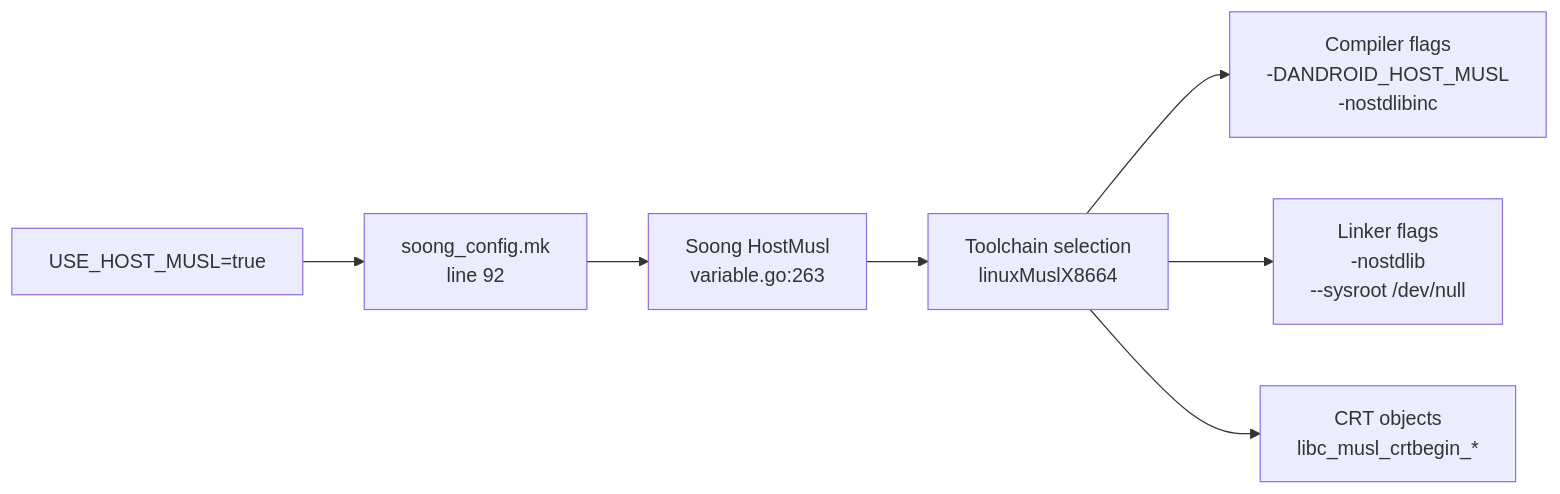
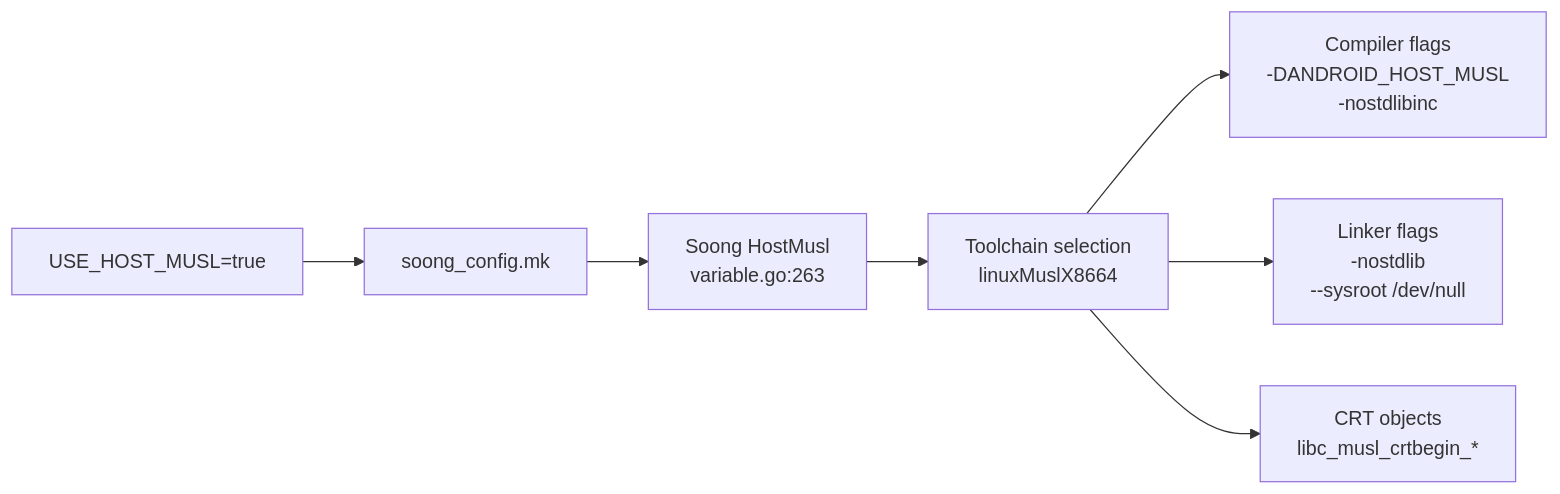
Diagram 15 of 18 in 07-bionic-and-linker.md (aospbooks/aosp-internal-book), drawn with Mermaid before and after one commit.

Commit message:
07-bionic-and-linker: drop line-number annotation from mermaid

````diff
--- a/07-bionic-and-linker.md
+++ b/07-bionic-and-linker.md
@@ -3462,9 +3462,9 @@
 ```mermaid
 flowchart LR
-    ENV["USE_HOST_MUSL=true"] --> MK["soong_config.mk<br/>line 92"]
+    ENV["USE_HOST_MUSL=true"] --> MK["soong_config.mk"]
     MK --> SOONG["Soong HostMusl<br/>variable.go:263"]
     SOONG --> TC["Toolchain selection<br/>linuxMuslX8664"]
     TC --> FLAGS["Compiler flags<br/>-DANDROID_HOST_MUSL<br/>-nostdlibinc"]
     TC --> LINK["Linker flags<br/>-nostdlib<br/>--sysroot /dev/null"]
     TC --> CRT["CRT objects<br/>libc_musl_crtbegin_*"]
 ```
````
